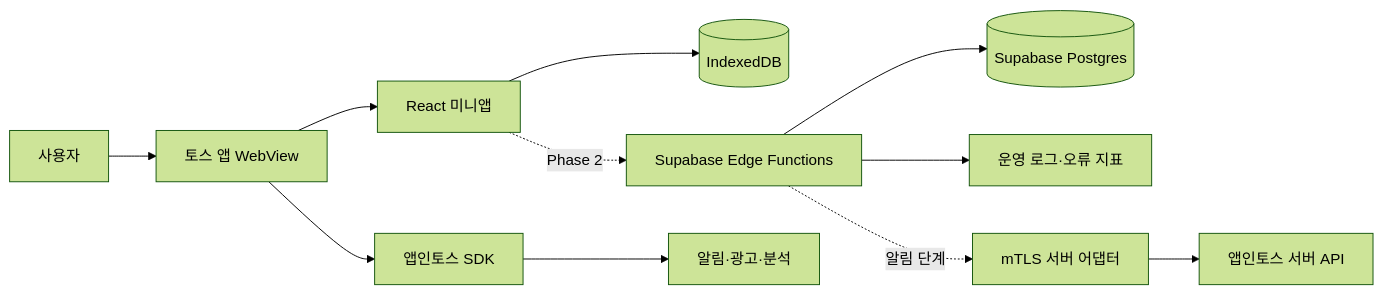
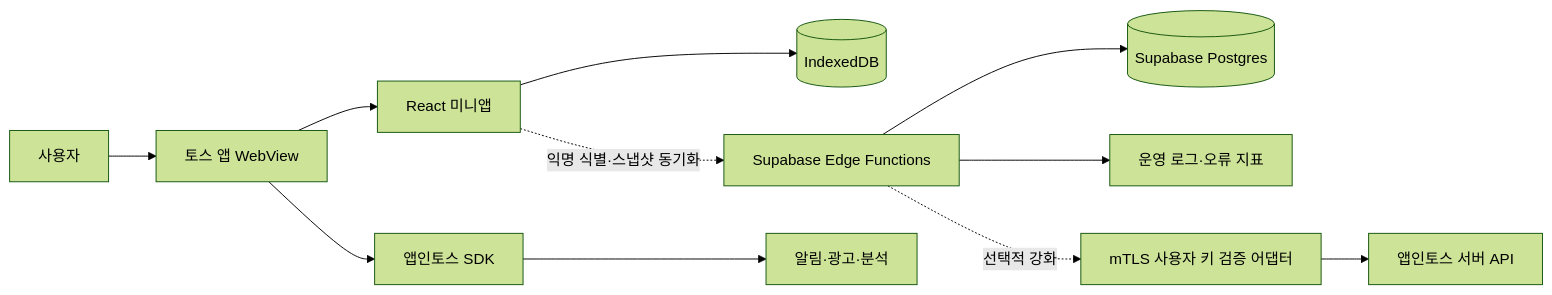
Before and after one commit to saebak/my-haru: the diagram in doc/architecture.md, drawn with Mermaid (forest theme). The commit also changed other lines of this file and 34 other files, not shown here.

````diff
--- a/doc/architecture.md
+++ b/doc/architecture.md
@@ -21,13 +21,13 @@
 ```mermaid
 flowchart LR
   User[사용자] --> Toss[토스 앱 WebView]
   Toss --> Web[React 미니앱]
   Web --> IDB[(IndexedDB)]
-  Web -. Phase 2 .-> Edge[Supabase Edge Functions]
+  Web -. 익명 식별·스냅샷 동기화 .-> Edge[Supabase Edge Functions]
   Edge --> DB[(Supabase Postgres)]
   Edge --> Log[운영 로그·오류 지표]
-  Edge -. 알림 단계 .-> ServerAdapter[mTLS 서버 어댑터]
+  Edge -. 선택적 강화 .-> ServerAdapter[mTLS 사용자 키 검증 어댑터]
   ServerAdapter --> TossAPI[앱인토스 서버 API]
   Toss --> AIT[앱인토스 SDK]
   AIT --> Notify[알림·광고·분석]
 ```
````
